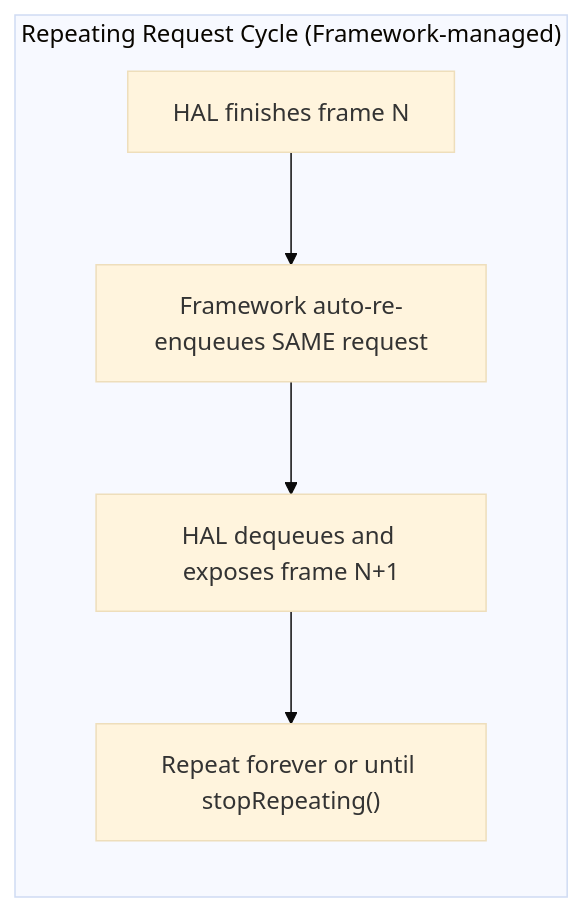
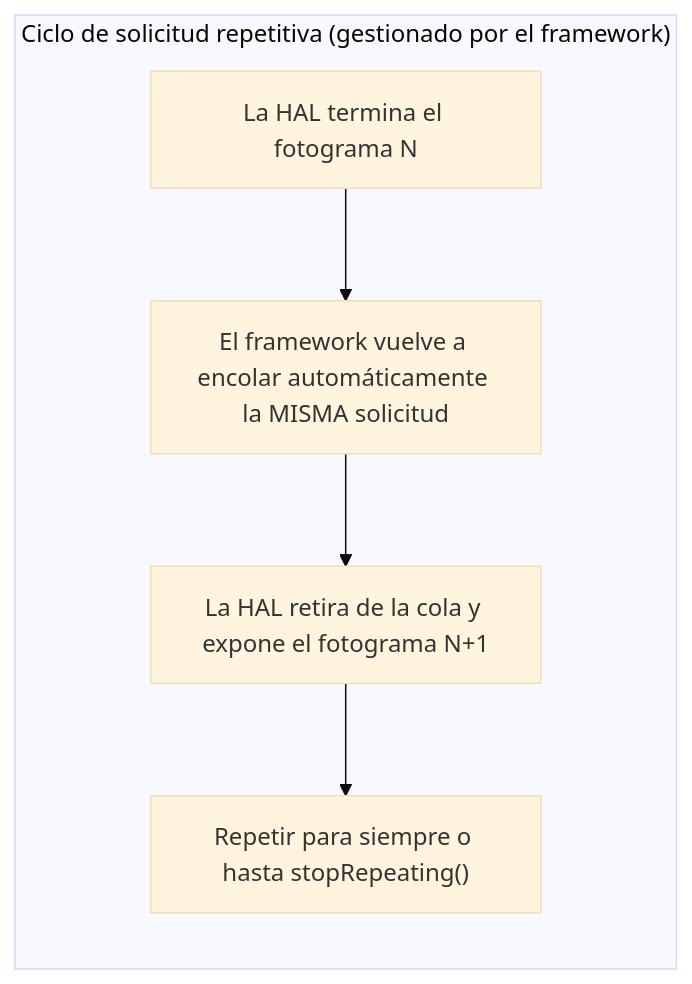
Before and after one commit to zoozooll/AndroidCameraParameters: the fourth of 6 diagrams in website/i18n/es/docusaurus-plugin-content-docs/current/camera2/capture-types.md, drawn with Mermaid (base theme). The commit also changed other lines of this file and 378 other files, not shown here.

````diff
--- a/website/i18n/es/docusaurus-plugin-content-docs/current/camera2/capture-types.md
+++ b/website/i18n/es/docusaurus-plugin-content-docs/current/camera2/capture-types.md
@@ -289,11 +289,11 @@
 ```mermaid
 flowchart LR
-    subgraph RepeatingLoop ["Repeating Request Cycle (Framework-managed)"]
+    subgraph RepeatingLoop ["Ciclo de solicitud repetitiva (gestionado por el framework)"]
         direction TB
-        S1["HAL finishes frame N"] --> S2["Framework auto-re-enqueues SAME request"]
-        S2 --> S3["HAL dequeues and exposes frame N+1"]
-        S3 --> S4["Repeat forever or until stopRepeating()"]
+        S1["La HAL termina el fotograma N"] --> S2["El framework vuelve a encolar automáticamente la MISMA solicitud"]
+        S2 --> S3["La HAL retira de la cola y expone el fotograma N+1"]
+        S3 --> S4["Repetir para siempre o hasta stopRepeating()"]
     end
 
     RepeatingLoop
 ```
````
